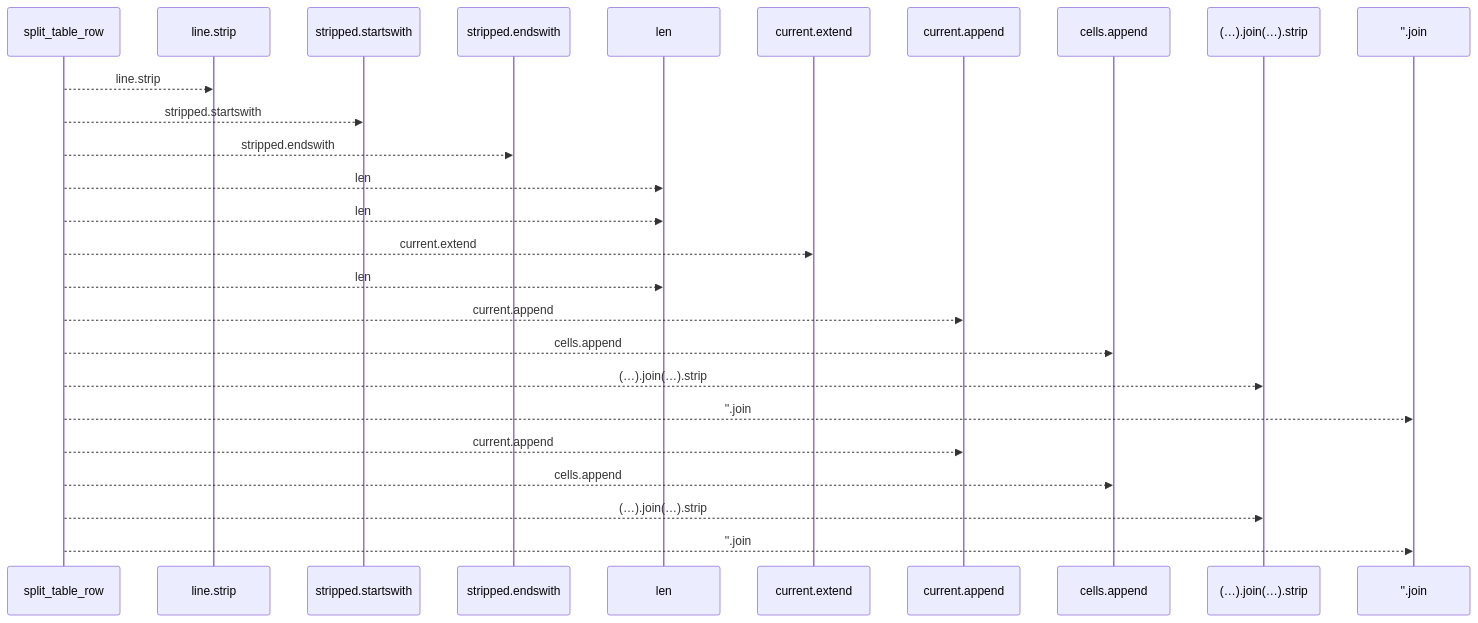
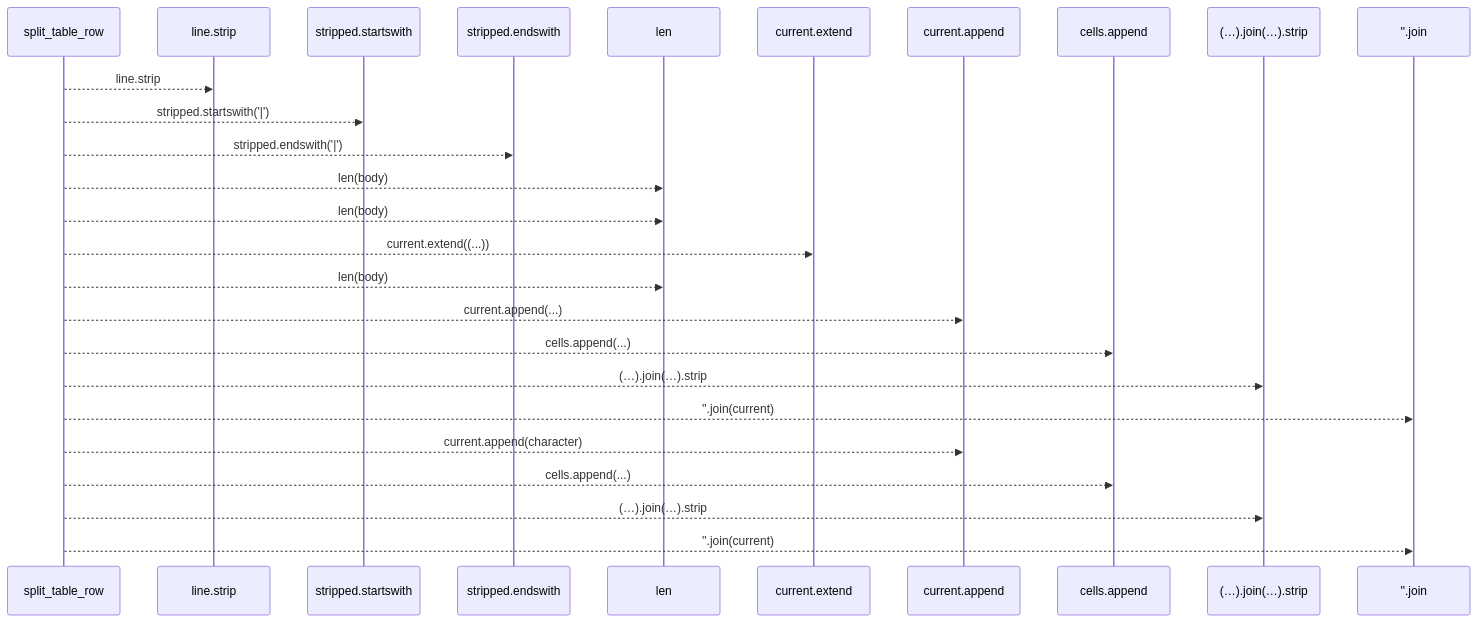
Before and after one commit to Denissvgn/python-wiki-llm: the first of 2 diagrams in docs/llm_wiki/flows/api-split_table_row.md, drawn with Mermaid. The commit also changed other lines of this file and 1410 other files, not shown here.

````diff
--- a/docs/llm_wiki/flows/api-split_table_row.md
+++ b/docs/llm_wiki/flows/api-split_table_row.md
@@ -10,28 +12,28 @@
 ```mermaid
 sequenceDiagram
     participant p0 as split_table_row
     participant p1 as line.strip
     participant p2 as stripped.startswith
     participant p3 as stripped.endswith
     participant p4 as len
     participant p5 as current.extend
     participant p6 as current.append
     participant p7 as cells.append
     participant p8 as (…).join(…).strip
     participant p9 as ''.join
     p0-->>p1: line.strip
-    p0-->>p2: stripped.startswith
-    p0-->>p3: stripped.endswith
-    p0-->>p4: len
-    p0-->>p4: len
-    p0-->>p5: current.extend
-    p0-->>p4: len
-    p0-->>p6: current.append
-    p0-->>p7: cells.append
+    p0-->>p2: stripped.startswith('|')
+    p0-->>p3: stripped.endswith('|')
+    p0-->>p4: len(body)
+    p0-->>p4: len(body)
+    p0-->>p5: current.extend((...))
+    p0-->>p4: len(body)
+    p0-->>p6: current.append(...)
+    p0-->>p7: cells.append(...)
     p0-->>p8: (…).join(…).strip
-    p0-->>p9: ''.join
-    p0-->>p6: current.append
-    p0-->>p7: cells.append
+    p0-->>p9: ''.join(current)
+    p0-->>p6: current.append(character)
+    p0-->>p7: cells.append(...)
     p0-->>p8: (…).join(…).strip
-    p0-->>p9: ''.join
+    p0-->>p9: ''.join(current)
 ```
````
